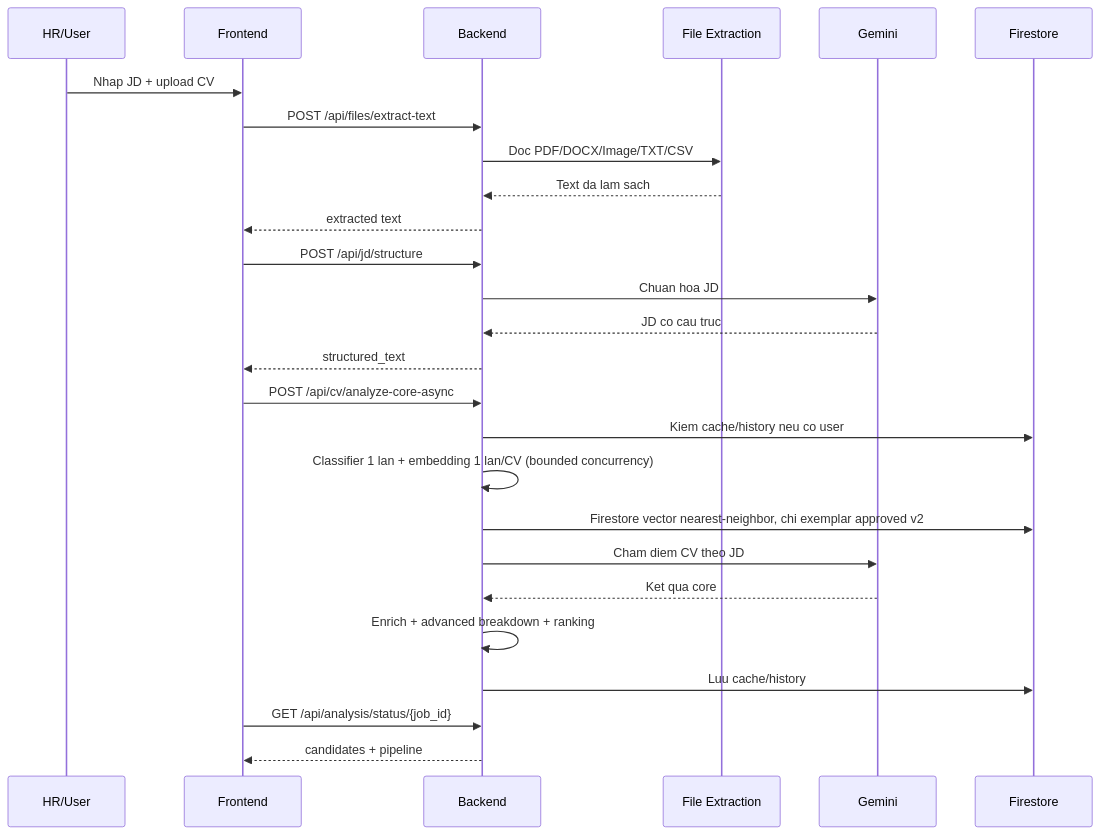
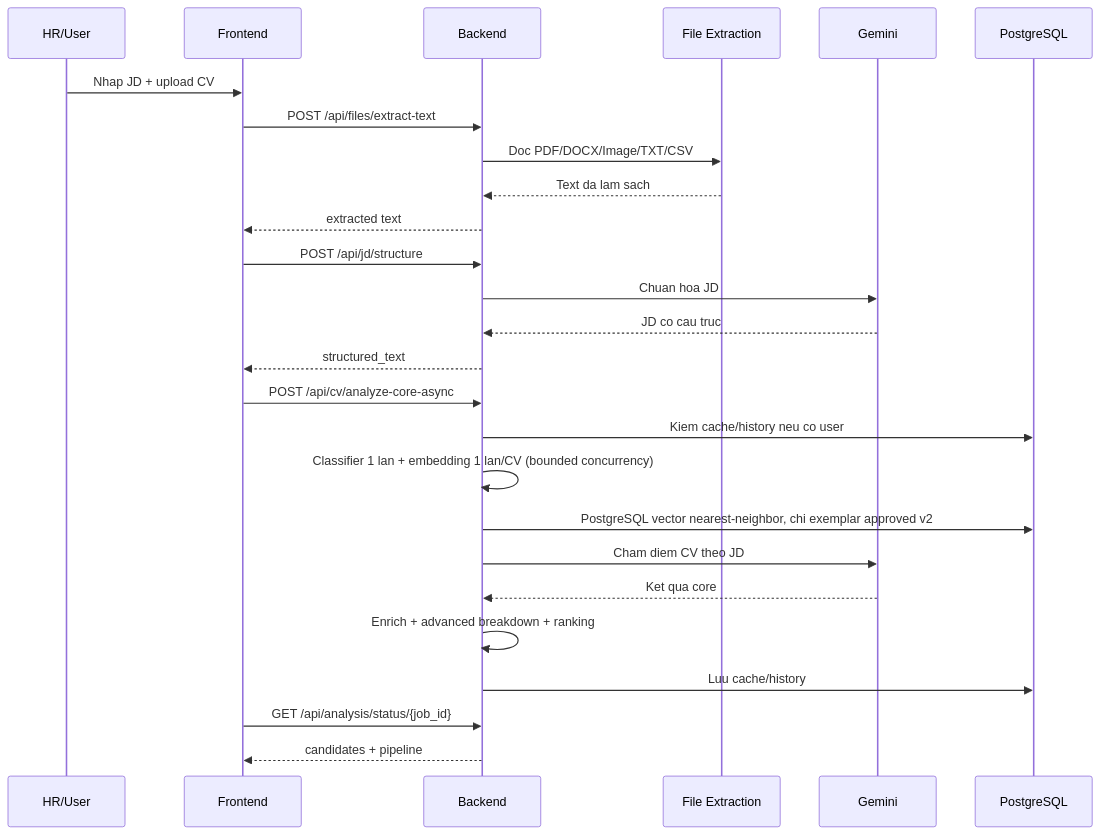
Before and after one commit to TechFutureAIFPT/TechFutureAI: the second of 4 diagrams in Document/01-Tai-Lieu-Du-An/02-kien-truc-he-thong.md, drawn with Mermaid. The commit also changed other lines of this file and 26 other files, not shown here.

````diff
--- a/Document/01-Tai-Lieu-Du-An/02-kien-truc-he-thong.md
+++ b/Document/01-Tai-Lieu-Du-An/02-kien-truc-he-thong.md
@@ -53,31 +53,31 @@
 ```mermaid
 sequenceDiagram
     participant User as HR/User
     participant FE as Frontend
     participant BE as Backend
     participant OCR as File Extraction
     participant AI as Gemini
-    participant DB as Firestore
+    participant DB as PostgreSQL
 
     User->>FE: Nhap JD + upload CV
     FE->>BE: POST /api/files/extract-text
     BE->>OCR: Doc PDF/DOCX/Image/TXT/CSV
     OCR-->>BE: Text da lam sach
     BE-->>FE: extracted text
 
     FE->>BE: POST /api/jd/structure
     BE->>AI: Chuan hoa JD
     AI-->>BE: JD co cau truc
     BE-->>FE: structured_text
 
     FE->>BE: POST /api/cv/analyze-core-async
     BE->>DB: Kiem cache/history neu co user
     BE->>BE: Classifier 1 lan + embedding 1 lan/CV (bounded concurrency)
-    BE->>DB: Firestore vector nearest-neighbor, chi exemplar approved v2
+    BE->>DB: PostgreSQL vector nearest-neighbor, chi exemplar approved v2
     BE->>AI: Cham diem CV theo JD
     AI-->>BE: Ket qua core
     BE->>BE: Enrich + advanced breakdown + ranking
     BE->>DB: Luu cache/history
     FE->>BE: GET /api/analysis/status/{job_id}
     BE-->>FE: candidates + pipeline
 ```
````
